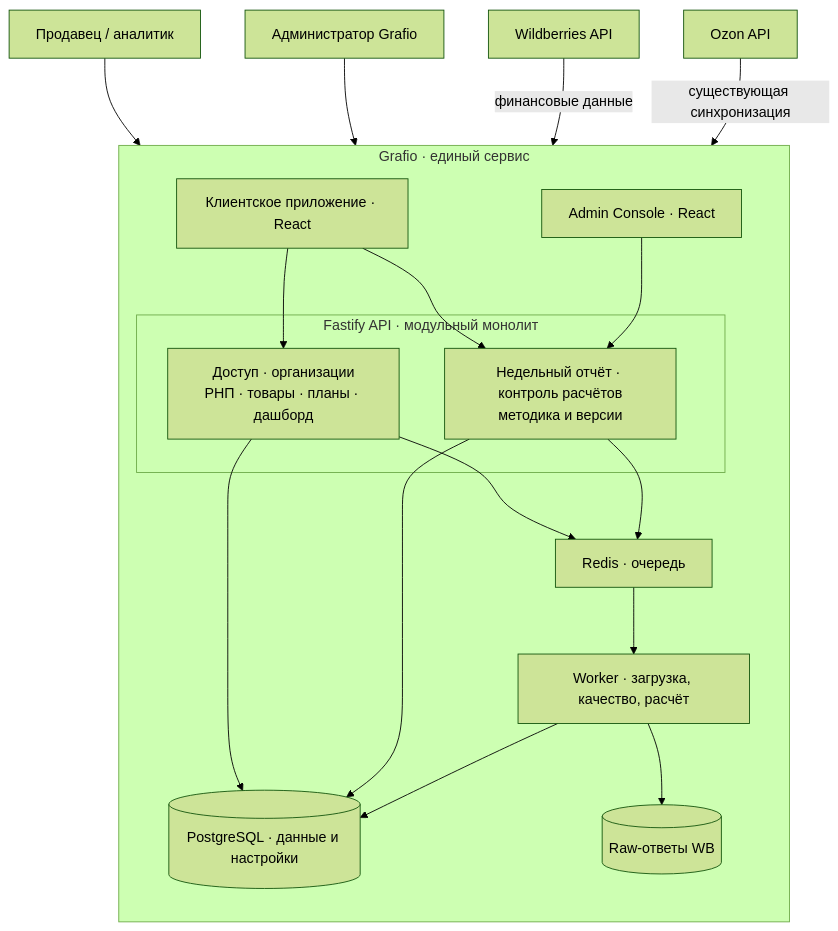
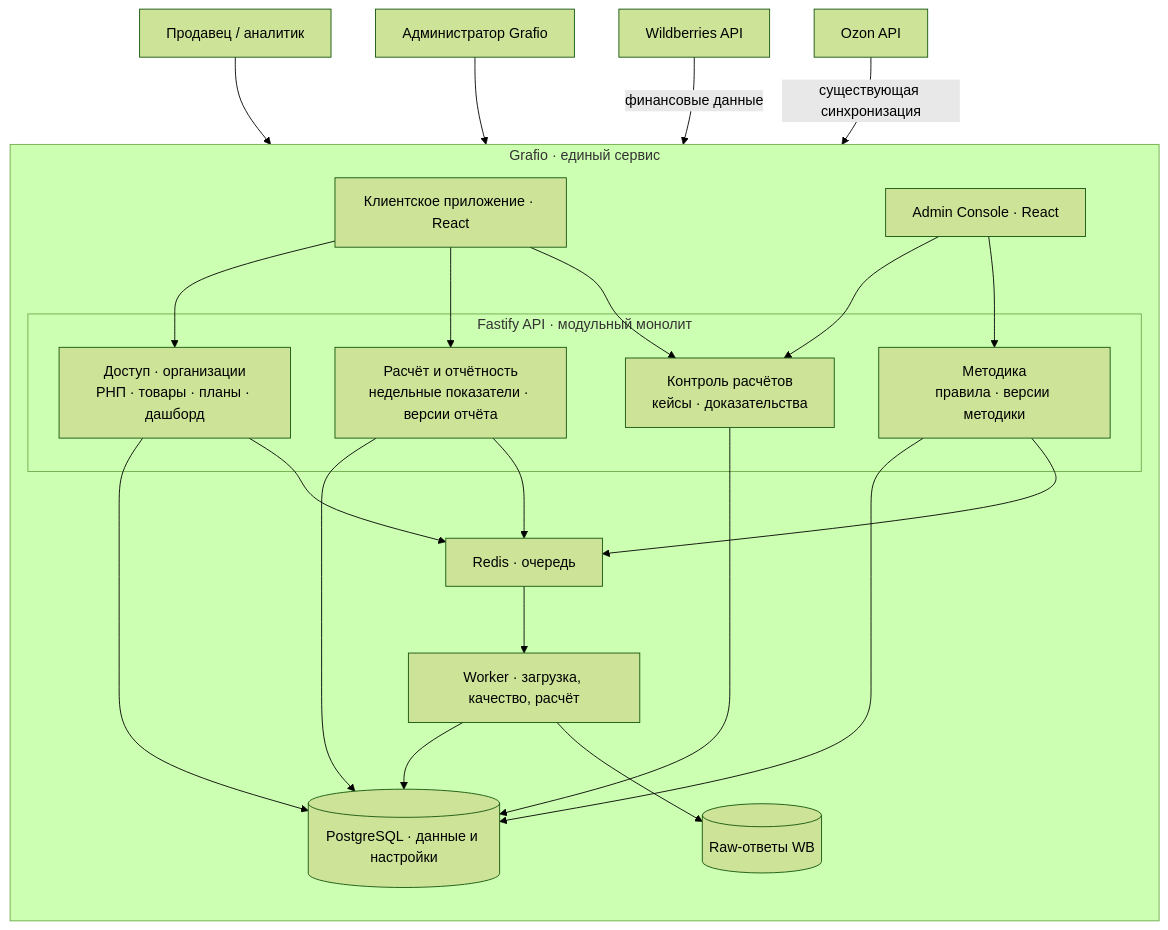
The second of 2 diagrams in CASE-STUDY.md (onlyuncia/grafio-product-docs), drawn with Mermaid (forest theme) before and after one commit. The commit also changed other lines of this file and 1 other file, not shown here.

Commit message:
docs: separate reporting, cases and methodology in overview

````diff
--- a/CASE-STUDY.md
+++ b/CASE-STUDY.md
@@ -76,30 +76,37 @@
 ```mermaid
 flowchart TB
   USER["Продавец / аналитик"] --> UI
   ADMIN_USER["Администратор Grafio"] --> ADMIN_UI
 
   subgraph GRAFIO["Grafio · единый сервис"]
     direction TB
     UI["Клиентское приложение · React"]
     ADMIN_UI["Admin Console · React"]
 
     subgraph API["Fastify API · модульный монолит"]
       CORE["Доступ · организации<br/>РНП · товары · планы · дашборд"]
-      FINANCE["Недельный отчёт · контроль расчётов<br/>методика и версии"]
+      REPORT["Расчёт и отчётность<br/>недельные показатели · версии отчёта"]
+      CASES["Контроль расчётов<br/>кейсы · доказательства"]
+      RULES["Методика<br/>правила · версии методики"]
     end
 
     UI --> CORE
-    UI --> FINANCE
-    ADMIN_UI --> FINANCE
+    UI --> REPORT
+    UI --> CASES
+    ADMIN_UI --> CASES
+    ADMIN_UI --> RULES
     CORE --> DB[(PostgreSQL · данные и настройки)]
-    FINANCE --> DB
+    REPORT --> DB
+    CASES --> DB
+    RULES --> DB
     CORE --> QUEUE["Redis · очередь"]
-    FINANCE --> QUEUE
+    REPORT --> QUEUE
+    RULES --> QUEUE
     QUEUE --> WORKER["Worker · загрузка, качество, расчёт"]
     WORKER --> DB
     WORKER --> RAW[(Raw-ответы WB)]
   end
 
   WB["Wildberries API"] -->|финансовые данные| WORKER
   OZON["Ozon API"] -->|существующая синхронизация| WORKER
 ```
````
